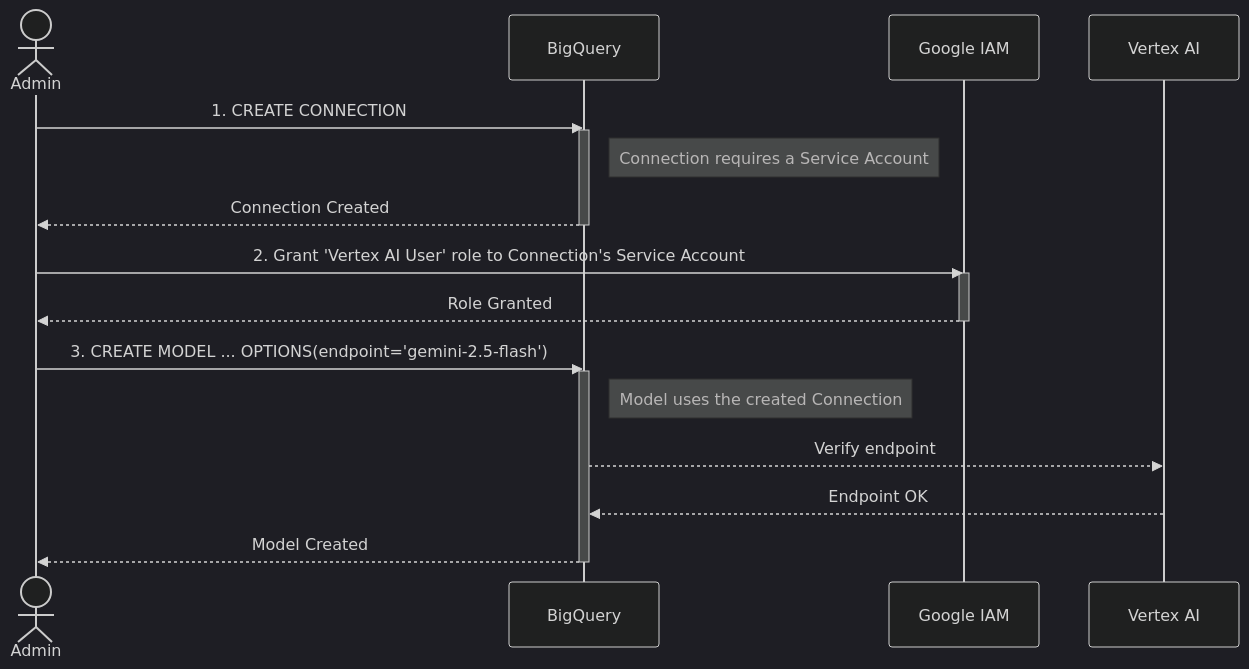
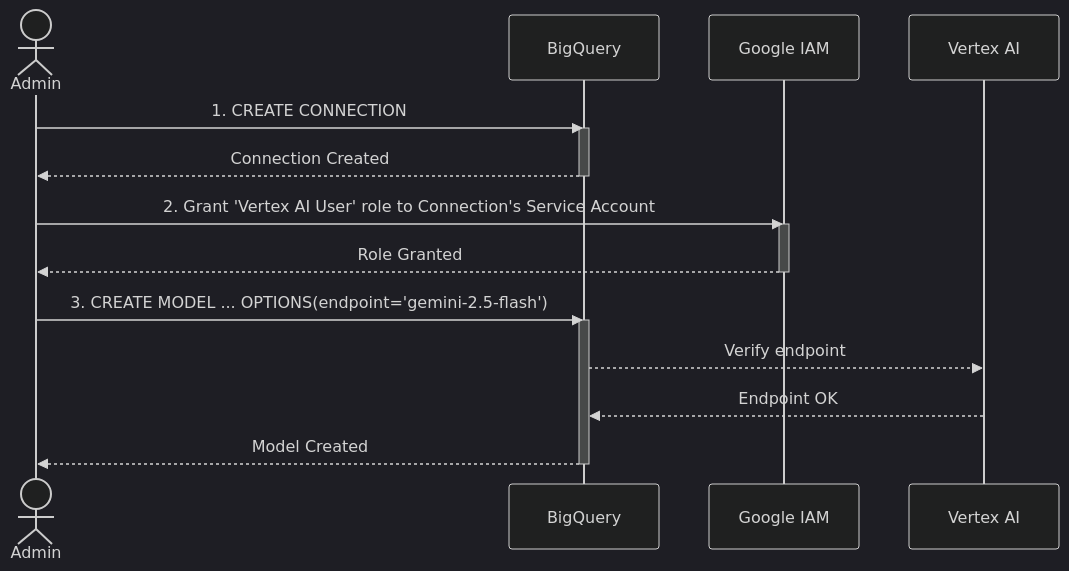
Before and after one commit to sandipdatta/diagrams: the first of 4 diagrams in README.md, drawn with Mermaid (dark theme). The commit also changed other lines of this file, not shown here.

````diff
--- a/README.md
+++ b/README.md
@@ -15,26 +20,24 @@
 ```mermaid
 sequenceDiagram
     actor Admin
     participant BQ as BigQuery
     participant IAM as Google IAM
     participant VAI as Vertex AI
 
     Admin->>BQ: 1. CREATE CONNECTION
     activate BQ
-    Note right of BQ: Connection requires a Service Account
     BQ-->>Admin: Connection Created
     deactivate BQ
 
     Admin->>IAM: 2. Grant 'Vertex AI User' role to Connection's Service Account
     activate IAM
     IAM-->>Admin: Role Granted
     deactivate IAM
 
     Admin->>BQ: 3. CREATE MODEL ... OPTIONS(endpoint='gemini-2.5-flash')
     activate BQ
-    Note right of BQ: Model uses the created Connection
     BQ-->>VAI: Verify endpoint
     VAI-->>BQ: Endpoint OK
     BQ-->>Admin: Model Created
     deactivate BQ
 ```
````
